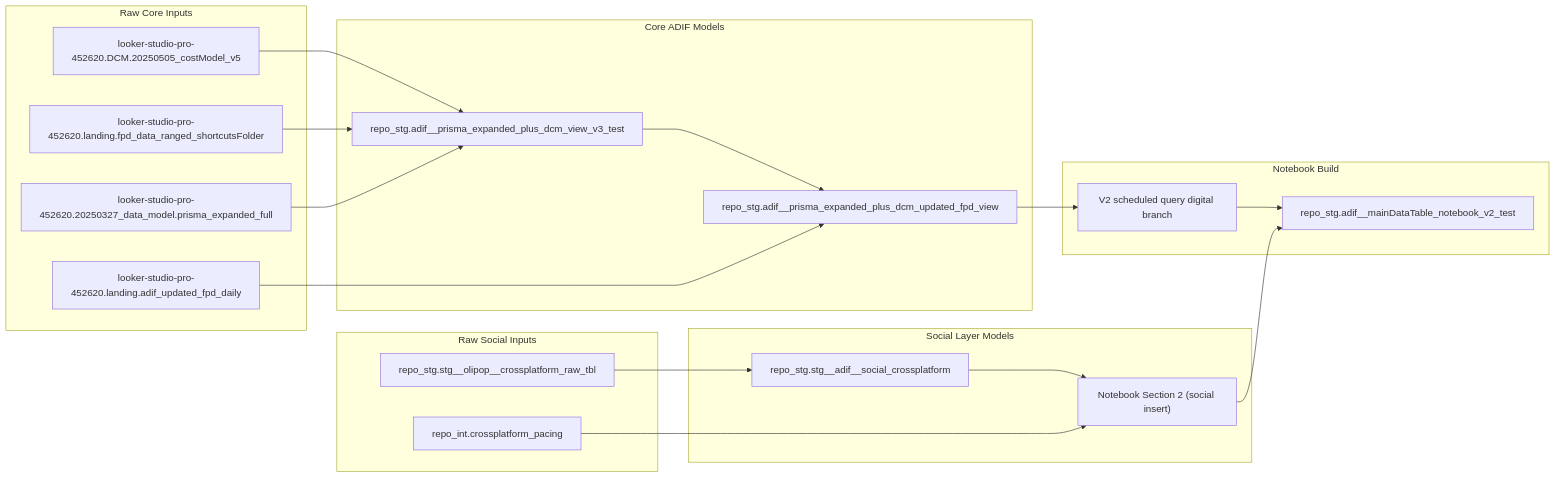
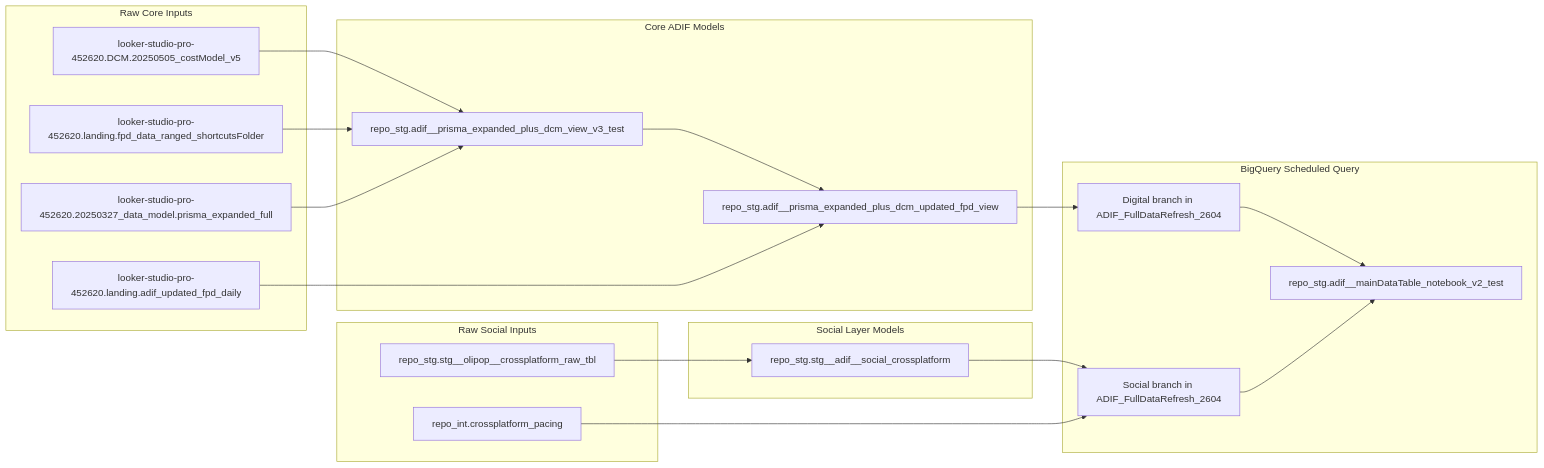
One commit to genetsen/looker_personal changed the diagram in adif/README.md. Above: the diagram before and after it, drawn with Mermaid. The commit also changed other lines of this file and 17 other files, not shown here.

````diff
--- a/adif/README.md
+++ b/adif/README.md
@@ -192,43 +202,43 @@
 ```mermaid
 flowchart LR
   subgraph raw_core["Raw Core Inputs"]
     dcm["looker-studio-pro-452620.DCM.20250505_costModel_v5"]
     fpd_orig["looker-studio-pro-452620.landing.fpd_data_ranged_shortcutsFolder"]
     prisma["looker-studio-pro-452620.20250327_data_model.prisma_expanded_full"]
     fpd_upd["looker-studio-pro-452620.landing.adif_updated_fpd_daily"]
   end
 
   subgraph core_models["Core ADIF Models"]
     core_base["repo_stg.adif__prisma_expanded_plus_dcm_view_v3_test"]
     core_upd["repo_stg.adif__prisma_expanded_plus_dcm_updated_fpd_view"]
   end
 
   dcm --> core_base
   fpd_orig --> core_base
   prisma --> core_base
   core_base --> core_upd
   fpd_upd --> core_upd
 
   subgraph raw_social["Raw Social Inputs"]
     social_raw["repo_stg.stg__olipop__crossplatform_raw_tbl"]
     pacing["repo_int.crossplatform_pacing"]
   end
 
   subgraph social_models["Social Layer Models"]
     social_stg["repo_stg.stg__adif__social_crossplatform"]
-    social_nb_s2["Notebook Section 2 (social insert)"]
   end
 
-  subgraph notebook["Notebook Build"]
-    social_nb_s1["V2 scheduled query digital branch"]
+  subgraph scheduled_query["BigQuery Scheduled Query"]
+    social_sched["Social branch in ADIF_FullDataRefresh_2604"]
+    digital_sched["Digital branch in ADIF_FullDataRefresh_2604"]
     target_tbl["repo_stg.adif__mainDataTable_notebook_v2_test"]
   end
 
   social_raw --> social_stg
-  social_stg --> social_nb_s2
-  pacing --> social_nb_s2
-  core_upd --> social_nb_s1
+  social_stg --> social_sched
+  pacing --> social_sched
+  core_upd --> digital_sched
 
-  social_nb_s1 --> target_tbl
-  social_nb_s2 --> target_tbl
+  digital_sched --> target_tbl
+  social_sched --> target_tbl
 ```
````
